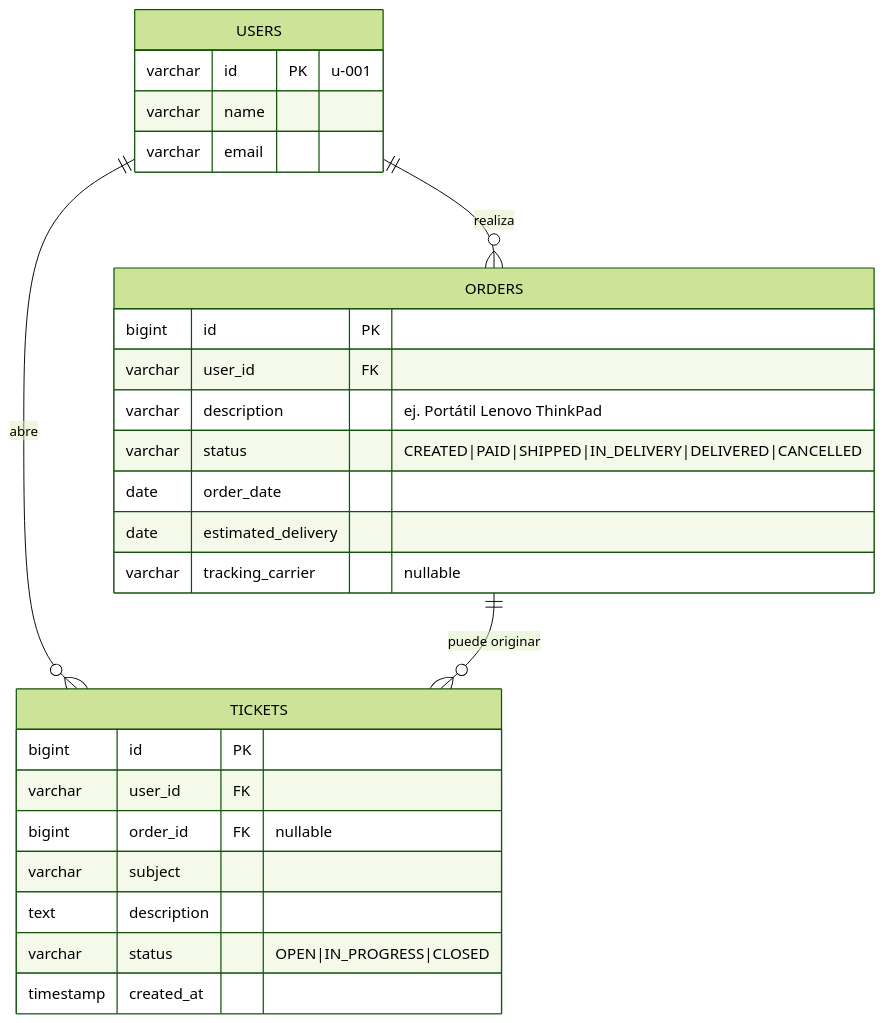
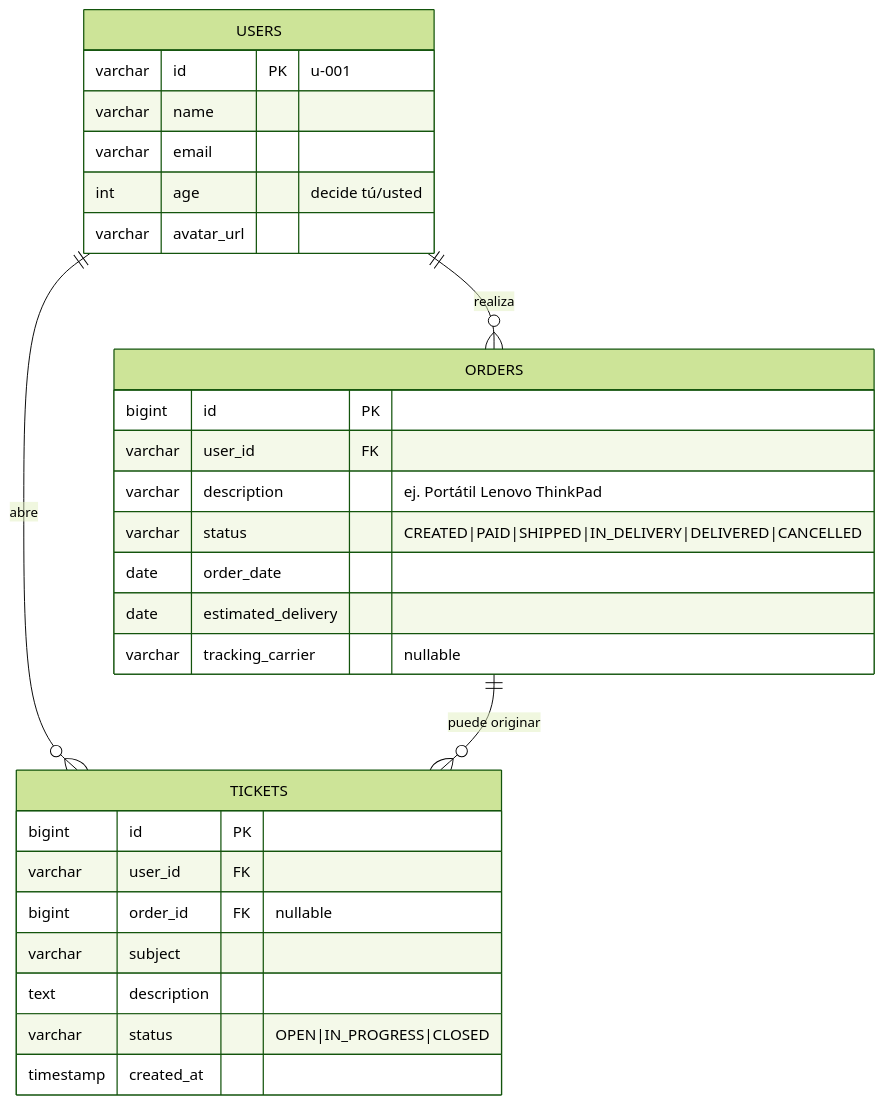
One commit to mikel0ne/ai-platform-portfolio changed the diagram in docs/arquitectura/03-modelo-datos.md. Above: the diagram before and after it, drawn with Mermaid (forest theme). The commit also changed other lines of this file and 7 other files, not shown here.

Commit message:
docs(l1-copilot): updated agent architecture and infrastructure guides

````diff
--- a/docs/arquitectura/03-modelo-datos.md
+++ b/docs/arquitectura/03-modelo-datos.md
@@ -5,30 +5,32 @@
 ```mermaid
 erDiagram
     USERS ||--o{ ORDERS : "realiza"
     USERS ||--o{ TICKETS : "abre"
     ORDERS ||--o{ TICKETS : "puede originar"
 
     USERS {
         varchar id PK "u-001"
         varchar name
         varchar email
+        int age "decide tú/usted"
+        varchar avatar_url
     }
     ORDERS {
         bigint id PK
         varchar user_id FK
         varchar description "ej. Portátil Lenovo ThinkPad"
         varchar status "CREATED|PAID|SHIPPED|IN_DELIVERY|DELIVERED|CANCELLED"
         date order_date
         date estimated_delivery
         varchar tracking_carrier "nullable"
     }
     TICKETS {
         bigint id PK
         varchar user_id FK
         bigint order_id FK "nullable"
         varchar subject
         text description
         varchar status "OPEN|IN_PROGRESS|CLOSED"
         timestamp created_at
     }
 ```
````
